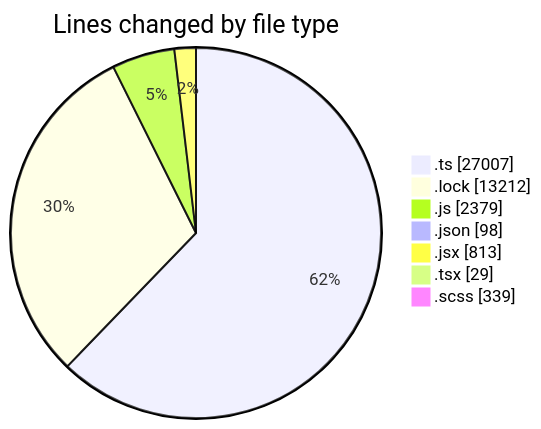
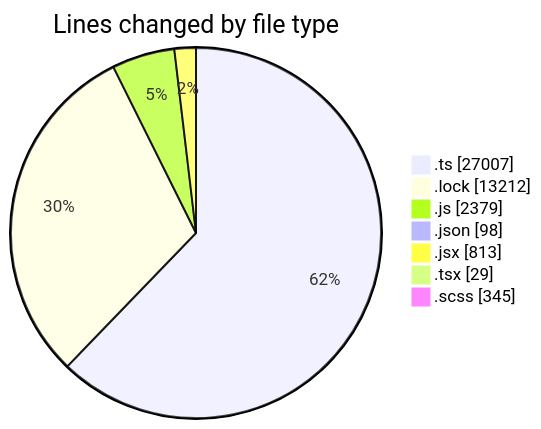
One commit to momahboobian/code-tracking changed the first of 2 diagrams in 2025-05-16/cda/README.md. Above: the diagram before and after it, drawn with Mermaid. The commit also changed other lines of this file and 1 other file, not shown here.

````diff
--- a/2025-05-16/cda/README.md
+++ b/2025-05-16/cda/README.md
@@ -44,11 +44,11 @@
 ```mermaid
 pie showData
 title Lines changed by file type
 ".ts" : 27007
 ".lock" : 13212
 ".js" : 2379
 ".json" : 98
 ".jsx" : 813
 ".tsx" : 29
-".scss" : 339
+".scss" : 345
 ```
````
